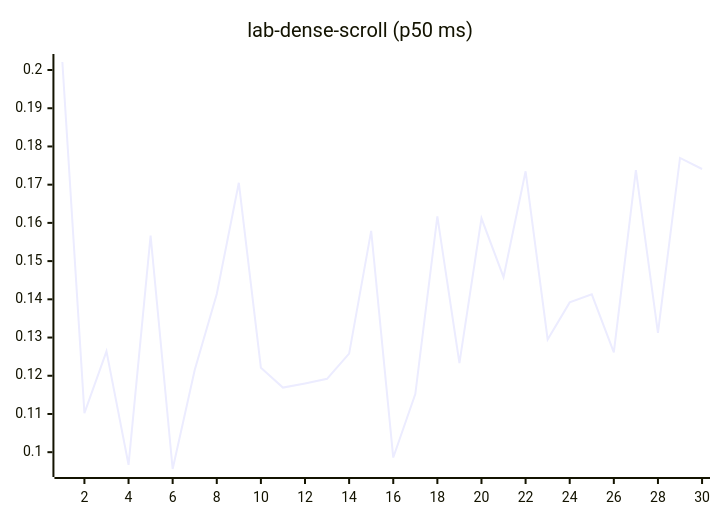
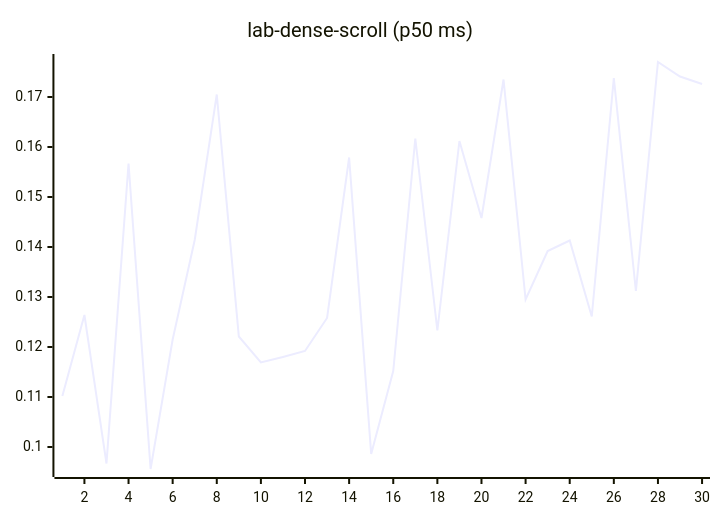
Diagram 12 of 27 in README.md (josha/Facet), drawn with Mermaid before and after one commit. The commit also changed other lines of this file and 2 other files, not shown here.

````diff
--- a/README.md
+++ b/README.md
@@ -140,6 +140,6 @@
 ```mermaid
 xychart-beta
     title "lab-dense-scroll (p50 ms)"
     x-axis 1 --> 30
-    line [0.2021, 0.1102, 0.1264, 0.0967, 0.1567, 0.0956, 0.1215, 0.1414, 0.1705, 0.1221, 0.1169, 0.1180, 0.1192, 0.1258, 0.1579, 0.0986, 0.1152, 0.1617, 0.1233, 0.1612, 0.1458, 0.1735, 0.1295, 0.1392, 0.1413, 0.1261, 0.1738, 0.1312, 0.1770, 0.1741]
+    line [0.1102, 0.1264, 0.0967, 0.1567, 0.0956, 0.1215, 0.1414, 0.1705, 0.1221, 0.1169, 0.1180, 0.1192, 0.1258, 0.1579, 0.0986, 0.1152, 0.1617, 0.1233, 0.1612, 0.1458, 0.1735, 0.1295, 0.1392, 0.1413, 0.1261, 0.1738, 0.1312, 0.1770, 0.1741, 0.1726]
 ```
````
